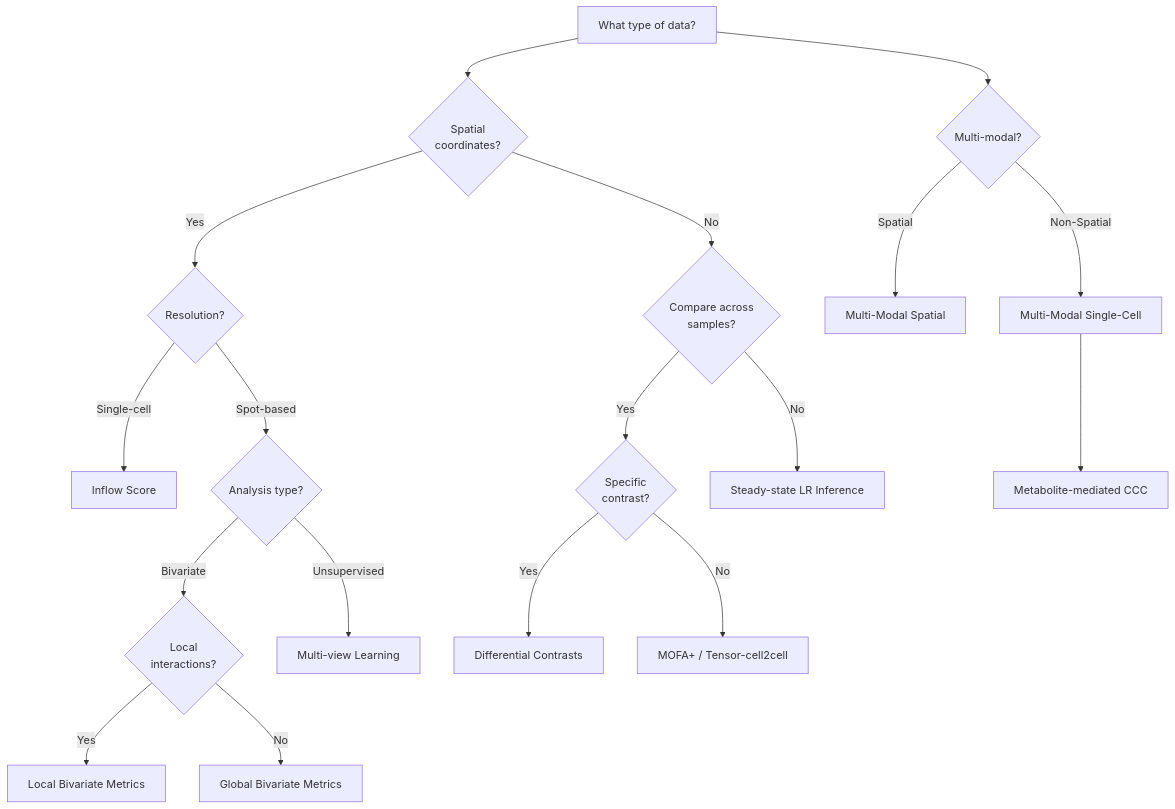
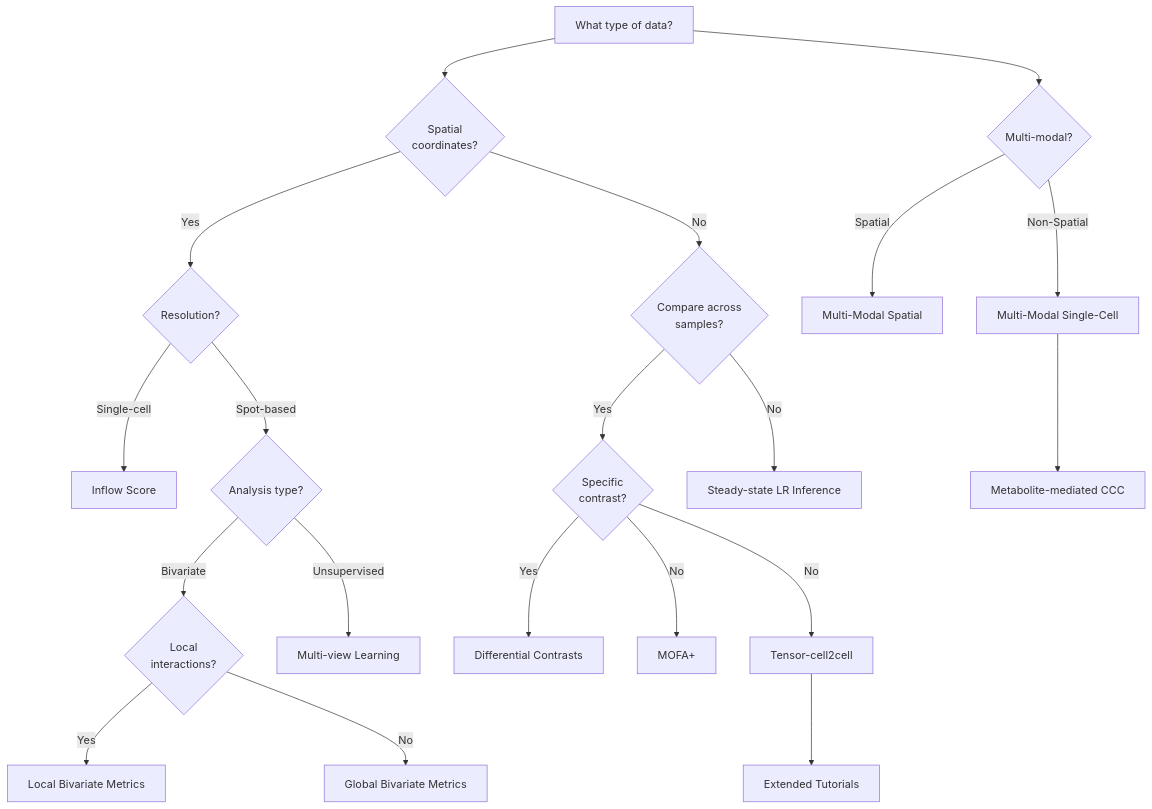
The diagram in README.md (jsnagai/liana-py), drawn with Mermaid before and after one commit.

Commit message:
clarify tree

````diff
--- a/README.md
+++ b/README.md
@@ -24,40 +24,44 @@
 ```mermaid
 flowchart TD
     Start[What type of data?] --> Spatial{Spatial<br/>coordinates?}
     Start --> Modal{Multi-modal?}
 
     %% Spatial branch
     Spatial -->|Yes| SpatialRes{Resolution?}
     SpatialRes -->|Single-cell| Inflow[Inflow Score]
     SpatialRes -->|Spot-based| SpatialType{Analysis type?}
     SpatialType -->|Bivariate| LocalQ{Local<br/>interactions?}
     LocalQ -->|Yes| Local[Local Bivariate Metrics]
     LocalQ -->|No| Global[Global Bivariate Metrics]
     SpatialType -->|Unsupervised| MISTy[Multi-view Learning]
 
     %% Non-spatial branch
     Spatial -->|No| Compare{Compare across<br/>samples?}
     Compare -->|Yes| Contrast{Specific<br/>contrast?}
     Contrast -->|Yes| Targeted[Differential Contrasts]
-    Contrast -->|No| Unsup[MOFA+ / Tensor-cell2cell]
+    Contrast -->|No| MOFA[MOFA+]
+    Contrast -->|No| Tensor[Tensor-cell2cell]
+    Tensor --> TensorExt[Extended Tutorials]
     Compare -->|No| Steady[Steady-state LR Inference]
 
     %% Multi-modal branch
     Modal -->|Spatial| SMA[Multi-Modal Spatial]
     Modal -->|Non-Spatial| SCMulti[Multi-Modal Single-Cell]
 
     %% Metabolite sub-branch
     SCMulti --> Metab[Metabolite-mediated CCC]
 
     %% Links (click events)
     click Inflow "https://liana-py.readthedocs.io/en/latest/notebooks/inflow_score.html"
     click Local "https://liana-py.readthedocs.io/en/latest/notebooks/bivariate.html"
     click Global "https://liana-py.readthedocs.io/en/latest/notebooks/bivariate.html"
     click MISTy "https://liana-py.readthedocs.io/en/latest/notebooks/misty.html"
     click Targeted "https://liana-py.readthedocs.io/en/latest/notebooks/targeted.html"
-    click Unsup "https://liana-py.readthedocs.io/en/latest/notebooks/mofatalk.html"
+    click MOFA "https://liana-py.readthedocs.io/en/latest/notebooks/mofatalk.html"
+    click Tensor "https://liana-py.readthedocs.io/en/latest/notebooks/liana_c2c.html"
+    click TensorExt "https://ccc-protocols.readthedocs.io/en/latest/"
     click Steady "https://liana-py.readthedocs.io/en/latest/notebooks/basic_usage.html"
     click SMA "https://liana-py.readthedocs.io/en/latest/notebooks/sma.html"
     click SCMulti "https://liana-py.readthedocs.io/en/latest/notebooks/sc_multi.html"
     click Metab "https://liana-py.readthedocs.io/en/latest/notebooks/sc_multi.html#Metabolite-mediated-CCC"
 ```
````
